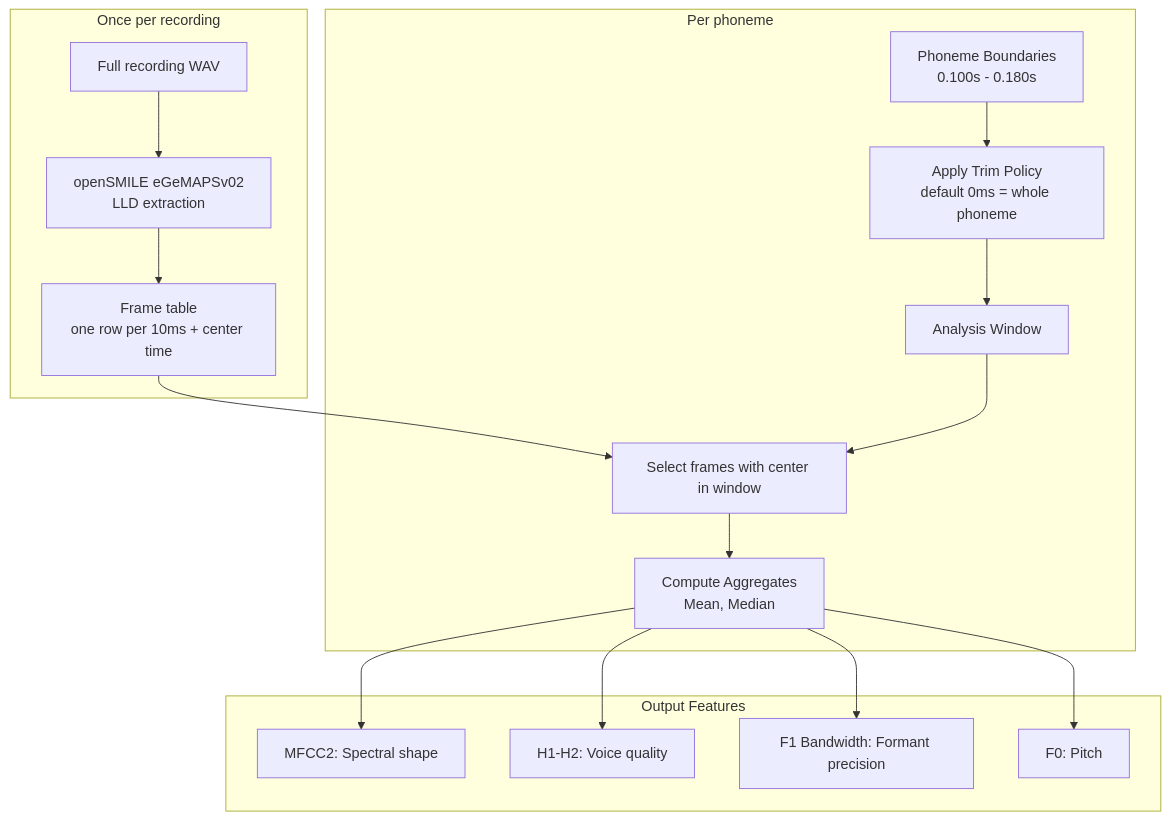
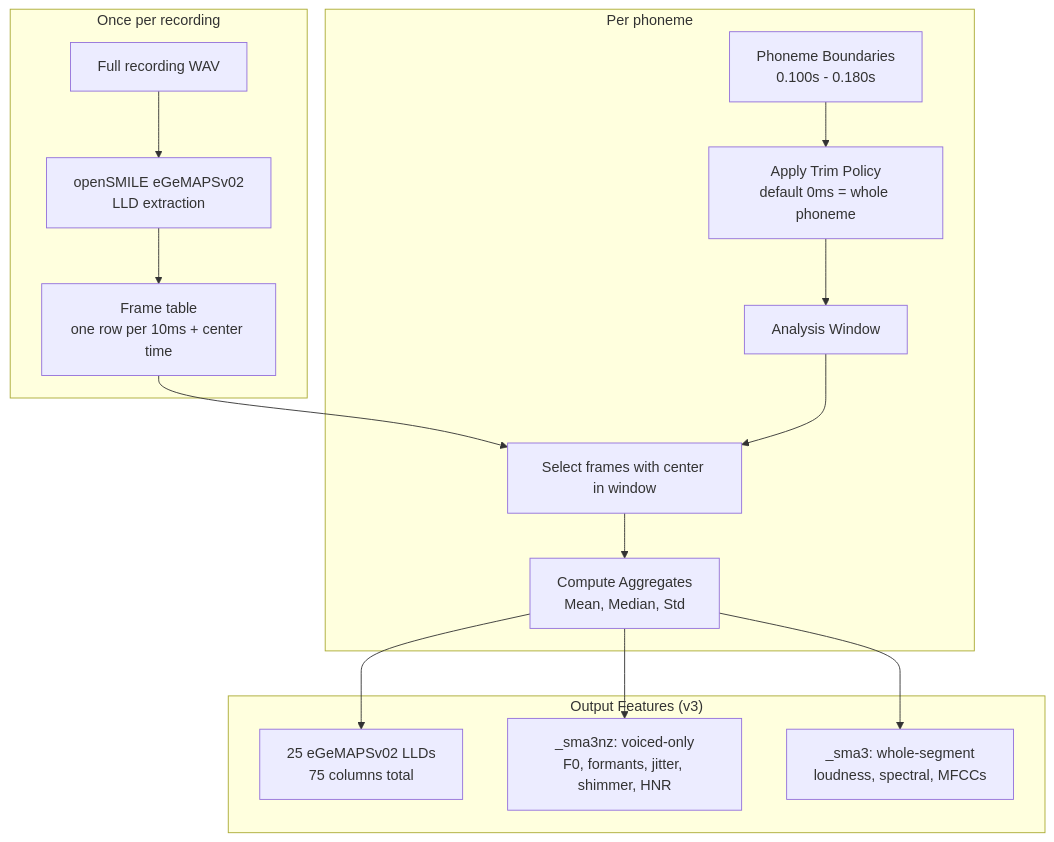
The sixth of 13 diagrams in docs/PHONEME_PROSODY_EXPERIMENT_GUIDE.md (PoisonIvory/voice_feature_extraction), drawn with Mermaid before and after one commit. The commit also changed other lines of this file and 15 other files, not shown here.

````diff
--- a/docs/PHONEME_PROSODY_EXPERIMENT_GUIDE.md
+++ b/docs/PHONEME_PROSODY_EXPERIMENT_GUIDE.md
@@ -305,22 +305,21 @@
 ```mermaid
 flowchart TB
     subgraph "Once per recording"
         R[Full recording WAV] --> S[openSMILE eGeMAPSv02<br/>LLD extraction]
         S --> T[Frame table<br/>one row per 10ms + center time]
     end
 
     subgraph "Per phoneme"
         A[Phoneme Boundaries<br/>0.100s - 0.180s] --> B[Apply Trim Policy<br/>default 0ms = whole phoneme]
         B --> D[Analysis Window]
         T --> F[Select frames with center in window]
         D --> F
-        F --> I[Compute Aggregates<br/>Mean, Median]
+        F --> I[Compute Aggregates<br/>Mean, Median, Std]
     end
 
-    subgraph "Output Features"
-        I --> J[MFCC2: Spectral shape]
-        I --> K[H1-H2: Voice quality]
-        I --> L[F1 Bandwidth: Formant precision]
-        I --> M[F0: Pitch]
+    subgraph "Output Features (v3)"
+        I --> J[25 eGeMAPSv02 LLDs<br/>75 columns total]
+        I --> K[_sma3nz: voiced-only<br/>F0, formants, jitter, shimmer, HNR]
+        I --> L[_sma3: whole-segment<br/>loudness, spectral, MFCCs]
     end
 ```
````
